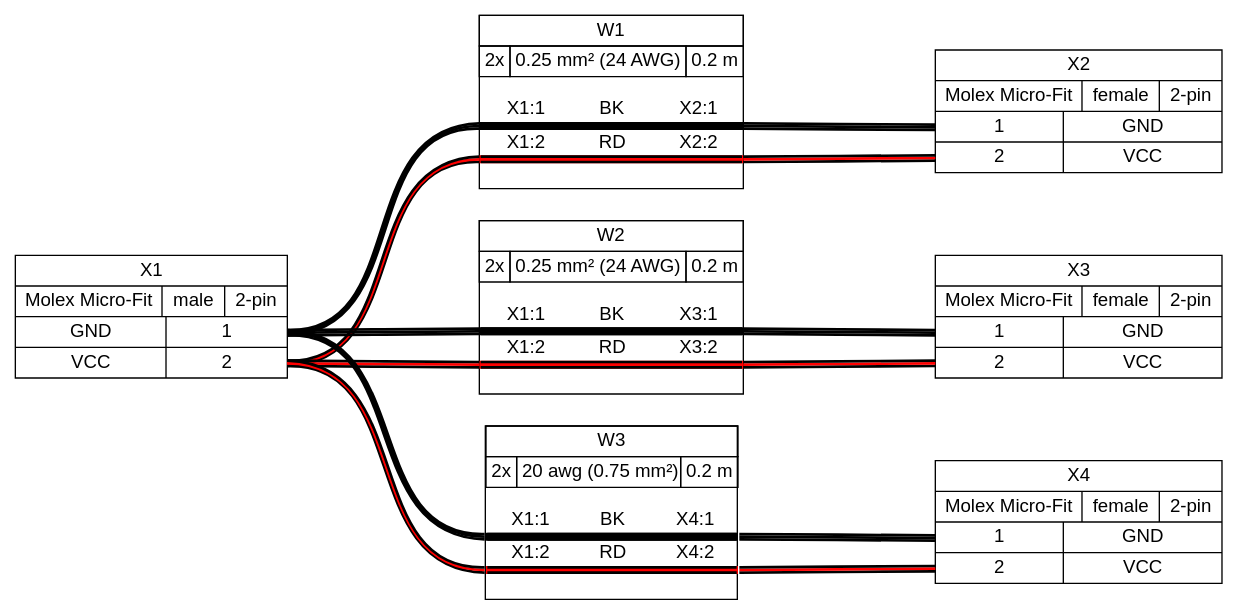
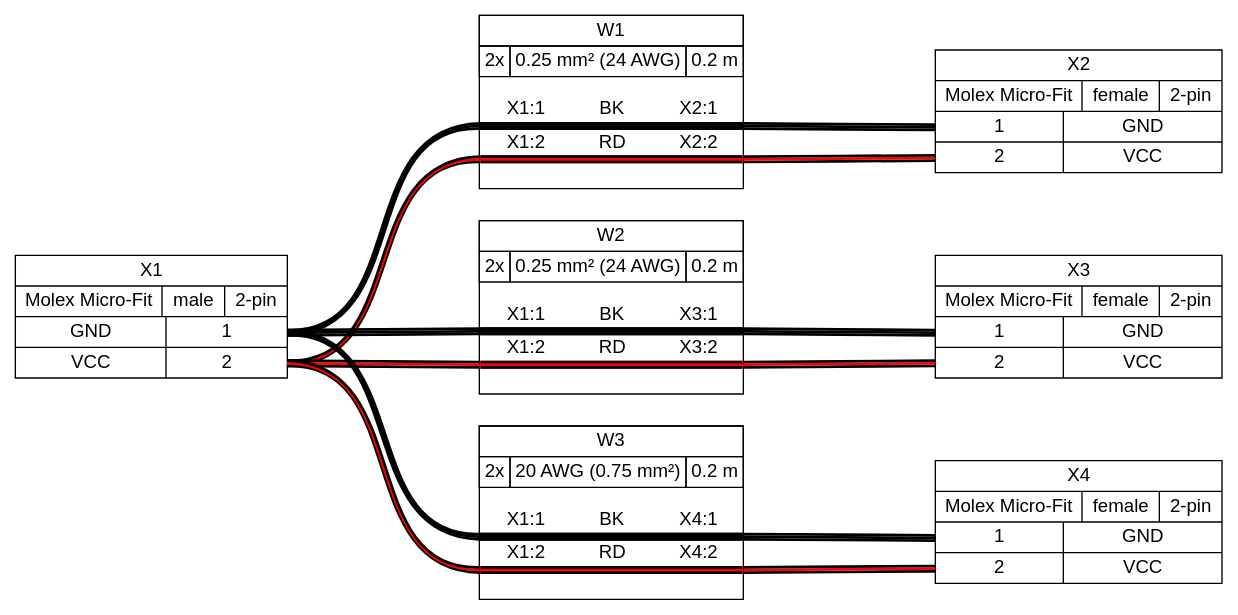
The diagram in examples/ex02.gv (wireviz/WireViz), drawn with Graphviz before and after one commit. The commit also changed 4 other files, not shown here.

```diff
--- a/examples/ex02.gv
+++ b/examples/ex02.gv
@@ -1,32 +1,32 @@
 graph {
 // Graph generated by WireViz
 // https://github.com/formatc1702/WireViz
 	graph [bgcolor=white fontname=arial nodesep=0.33 rankdir=LR ranksep=2]
 	node [fillcolor=white fontname=arial shape=record style=filled]
 	edge [fontname=arial style=bold]
 	X1 [label="X1|{Molex Micro-Fit|male|2-pin}|{{GND|VCC}|{<p1r>1|<p2r>2}}"]
 	X2 [label="X2|{Molex Micro-Fit|female|2-pin}|{{<p1l>1|<p2l>2}|{GND|VCC}}"]
 	X3 [label="X3|{Molex Micro-Fit|female|2-pin}|{{<p1l>1|<p2l>2}|{GND|VCC}}"]
 	X4 [label="X4|{Molex Micro-Fit|female|2-pin}|{{<p1l>1|<p2l>2}|{GND|VCC}}"]
 	edge [color="#000000:#000000:#000000"]
 	X1:p1r:e -- W1:w1:w
 	W1:w1:e -- X2:p1l:w
 	edge [color="#000000:#ff0000:#000000"]
 	X1:p2r:e -- W1:w2:w
 	W1:w2:e -- X2:p2l:w
 	W1 [label=<<table border="0" cellspacing="0" cellpadding="0"><tr><td><table border="0" cellspacing="0" cellpadding="3" cellborder="1"><tr><td colspan="3">W1</td></tr><tr><td>2x</td><td>0.25 mm² (24 AWG)</td><td>0.2 m</td></tr></table></td></tr><tr><td>&nbsp;</td></tr><tr><td><table border="0" cellspacing="0" cellborder="0"><tr><td>X1:1</td><td>BK</td><td>X2:1</td></tr><tr><td colspan="3" cellpadding="0" height="6" bgcolor="#000000" border="2" sides="tb" port="w1"></td></tr><tr><td>X1:2</td><td>RD</td><td>X2:2</td></tr><tr><td colspan="3" cellpadding="0" height="6" bgcolor="#ff0000" border="2" sides="tb" port="w2"></td></tr><tr><td>&nbsp;</td></tr></table></td></tr></table>> fillcolor=white margin=0 shape=box style=""]
 	edge [color="#000000:#000000:#000000"]
 	X1:p1r:e -- W2:w1:w
 	W2:w1:e -- X3:p1l:w
 	edge [color="#000000:#ff0000:#000000"]
 	X1:p2r:e -- W2:w2:w
 	W2:w2:e -- X3:p2l:w
 	W2 [label=<<table border="0" cellspacing="0" cellpadding="0"><tr><td><table border="0" cellspacing="0" cellpadding="3" cellborder="1"><tr><td colspan="3">W2</td></tr><tr><td>2x</td><td>0.25 mm² (24 AWG)</td><td>0.2 m</td></tr></table></td></tr><tr><td>&nbsp;</td></tr><tr><td><table border="0" cellspacing="0" cellborder="0"><tr><td>X1:1</td><td>BK</td><td>X3:1</td></tr><tr><td colspan="3" cellpadding="0" height="6" bgcolor="#000000" border="2" sides="tb" port="w1"></td></tr><tr><td>X1:2</td><td>RD</td><td>X3:2</td></tr><tr><td colspan="3" cellpadding="0" height="6" bgcolor="#ff0000" border="2" sides="tb" port="w2"></td></tr><tr><td>&nbsp;</td></tr></table></td></tr></table>> fillcolor=white margin=0 shape=box style=""]
 	edge [color="#000000:#000000:#000000"]
 	X1:p1r:e -- W3:w1:w
 	W3:w1:e -- X4:p1l:w
 	edge [color="#000000:#ff0000:#000000"]
 	X1:p2r:e -- W3:w2:w
 	W3:w2:e -- X4:p2l:w
-	W3 [label=<<table border="0" cellspacing="0" cellpadding="0"><tr><td><table border="0" cellspacing="0" cellpadding="3" cellborder="1"><tr><td colspan="3">W3</td></tr><tr><td>2x</td><td>20 awg (0.75 mm²)</td><td>0.2 m</td></tr></table></td></tr><tr><td>&nbsp;</td></tr><tr><td><table border="0" cellspacing="0" cellborder="0"><tr><td>X1:1</td><td>BK</td><td>X4:1</td></tr><tr><td colspan="3" cellpadding="0" height="6" bgcolor="#000000" border="2" sides="tb" port="w1"></td></tr><tr><td>X1:2</td><td>RD</td><td>X4:2</td></tr><tr><td colspan="3" cellpadding="0" height="6" bgcolor="#ff0000" border="2" sides="tb" port="w2"></td></tr><tr><td>&nbsp;</td></tr></table></td></tr></table>> fillcolor=white margin=0 shape=box style=""]
+	W3 [label=<<table border="0" cellspacing="0" cellpadding="0"><tr><td><table border="0" cellspacing="0" cellpadding="3" cellborder="1"><tr><td colspan="3">W3</td></tr><tr><td>2x</td><td>20 AWG (0.75 mm²)</td><td>0.2 m</td></tr></table></td></tr><tr><td>&nbsp;</td></tr><tr><td><table border="0" cellspacing="0" cellborder="0"><tr><td>X1:1</td><td>BK</td><td>X4:1</td></tr><tr><td colspan="3" cellpadding="0" height="6" bgcolor="#000000" border="2" sides="tb" port="w1"></td></tr><tr><td>X1:2</td><td>RD</td><td>X4:2</td></tr><tr><td colspan="3" cellpadding="0" height="6" bgcolor="#ff0000" border="2" sides="tb" port="w2"></td></tr><tr><td>&nbsp;</td></tr></table></td></tr></table>> fillcolor=white margin=0 shape=box style=""]
 }
```
